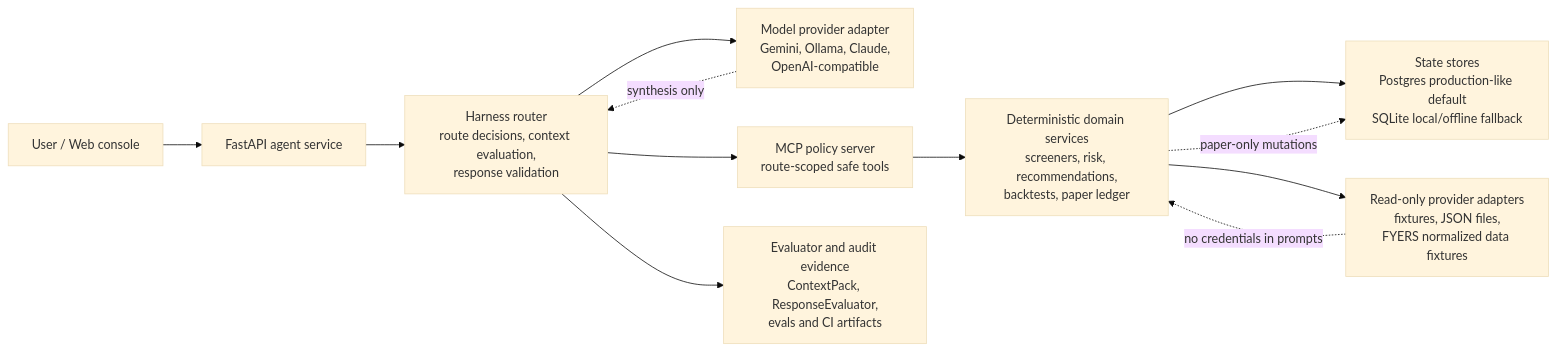
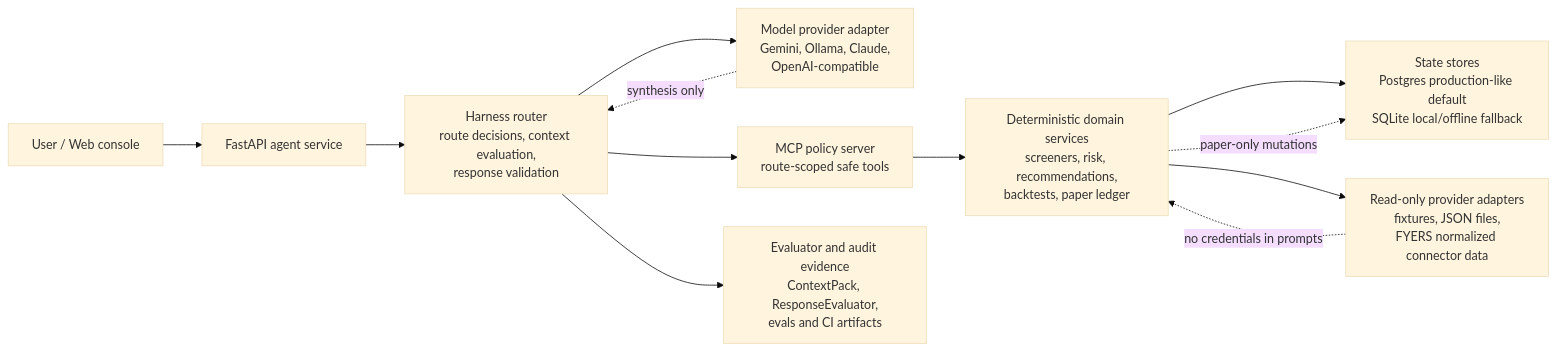
Before and after one commit to vinay-raghavan/portfolio-management-agentic: the first of 2 diagrams in README.md, drawn with Mermaid (base theme). The commit also changed other lines of this file and 9 other files, not shown here.

Commit message:
Add FYERS read-only SDK adapter (#133)

````diff
--- a/README.md
+++ b/README.md
@@ -120,15 +129,15 @@
 ```mermaid
 flowchart LR
     U["User / Web console"] --> API["FastAPI agent service"]
     API --> ROUTE["Harness router<br/>route decisions, context evaluation,<br/>response validation"]
     ROUTE --> MODEL["Model provider adapter<br/>Gemini, Ollama, Claude,<br/>OpenAI-compatible"]
     ROUTE --> MCP["MCP policy server<br/>route-scoped safe tools"]
     MCP --> DOMAIN["Deterministic domain services<br/>screeners, risk, recommendations,<br/>backtests, paper ledger"]
     DOMAIN --> DB["State stores<br/>Postgres production-like default<br/>SQLite local/offline fallback"]
-    DOMAIN --> PROVIDERS["Read-only provider adapters<br/>fixtures, JSON files,<br/>FYERS normalized data fixtures"]
+    DOMAIN --> PROVIDERS["Read-only provider adapters<br/>fixtures, JSON files,<br/>FYERS normalized connector data"]
     ROUTE --> AUDIT["Evaluator and audit evidence<br/>ContextPack, ResponseEvaluator,<br/>evals and CI artifacts"]
 
     MODEL -. "synthesis only" .-> ROUTE
     PROVIDERS -. "no credentials in prompts" .-> DOMAIN
     DOMAIN -. "paper-only mutations" .-> DB
 ```
````
